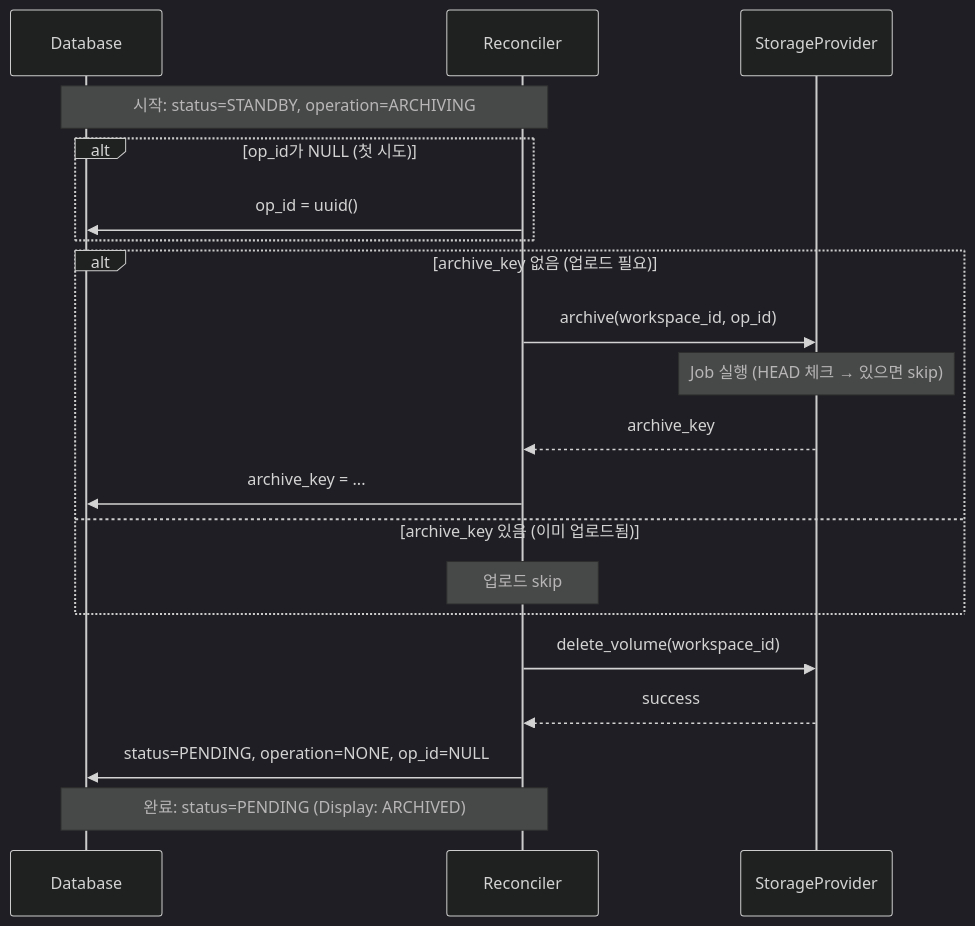
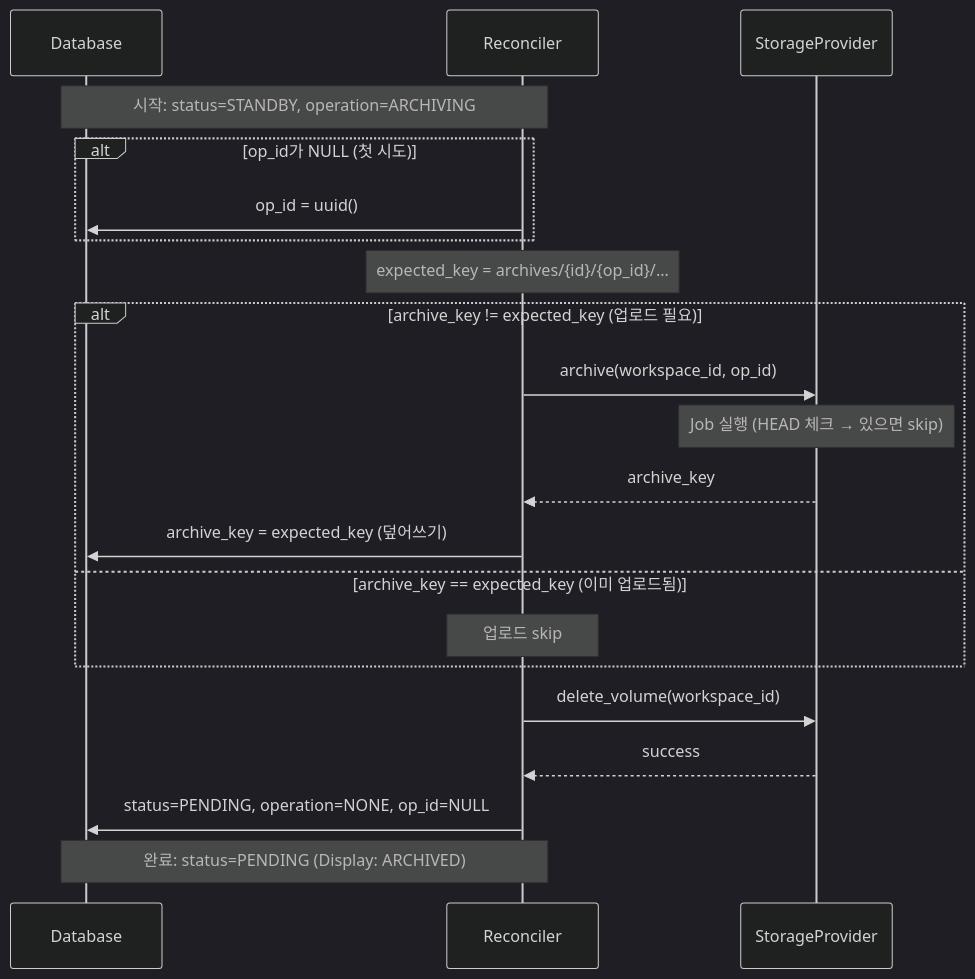
Before and after one commit to cagojeiger/code-hub: the fourth of 5 diagrams in docs/spec_v2/storage-operations.md, drawn with Mermaid (dark theme). The commit also changed other lines of this file and 7 other files, not shown here.

First line of the commit message:
docs(spec): add ErrorInfo spec and fix ARCHIVING archive_key bug

````diff
--- a/docs/spec_v2/storage-operations.md
+++ b/docs/spec_v2/storage-operations.md
@@ -176,26 +198,27 @@
 ```mermaid
 sequenceDiagram
     participant DB as Database
     participant R as Reconciler
     participant S as StorageProvider
 
     Note over DB,R: 시작: status=STANDBY, operation=ARCHIVING
     alt op_id가 NULL (첫 시도)
         R->>DB: op_id = uuid()
     end
 
-    alt archive_key 없음 (업로드 필요)
+    Note over R: expected_key = archives/{id}/{op_id}/...
+    alt archive_key != expected_key (업로드 필요)
         R->>S: archive(workspace_id, op_id)
         Note over S: Job 실행 (HEAD 체크 → 있으면 skip)
         S-->>R: archive_key
-        R->>DB: archive_key = ...
-    else archive_key 있음 (이미 업로드됨)
+        R->>DB: archive_key = expected_key (덮어쓰기)
+    else archive_key == expected_key (이미 업로드됨)
         Note over R: 업로드 skip
     end
 
     R->>S: delete_volume(workspace_id)
     S-->>R: success
 
     R->>DB: status=PENDING, operation=NONE, op_id=NULL
     Note over DB,R: 완료: status=PENDING (Display: ARCHIVED)
 ```
````
